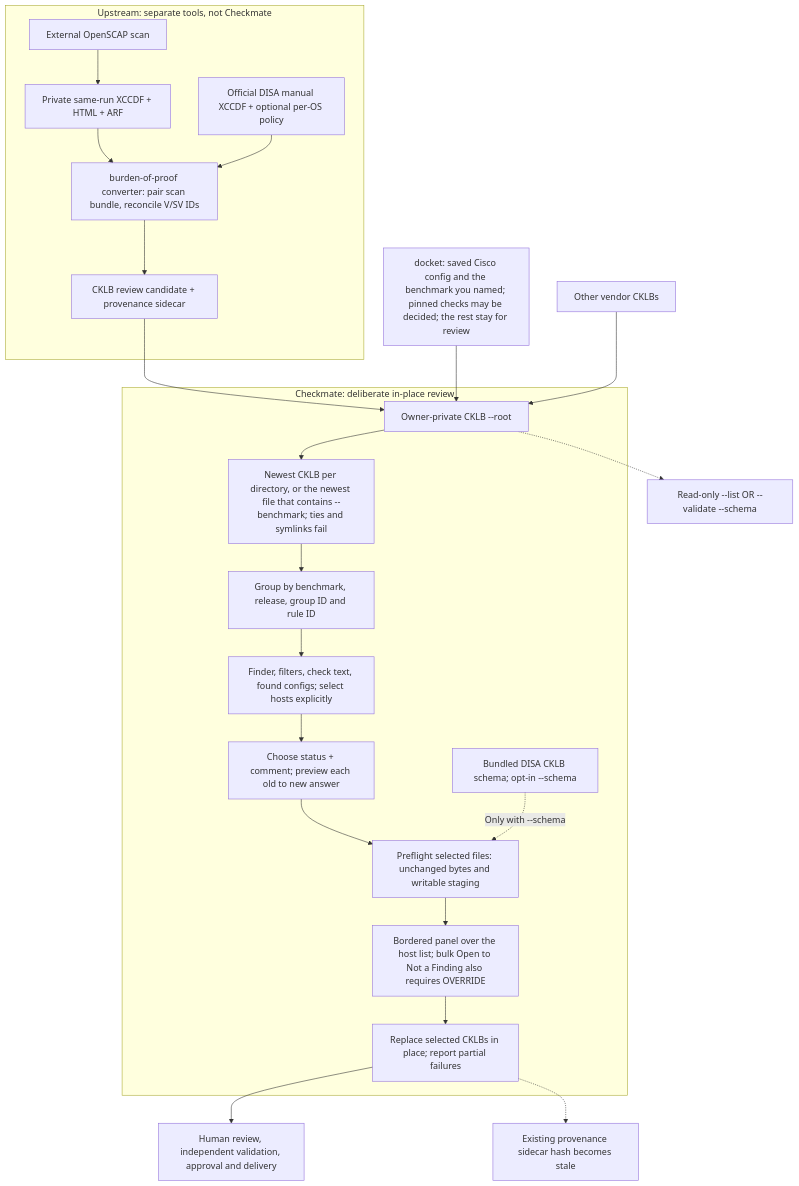
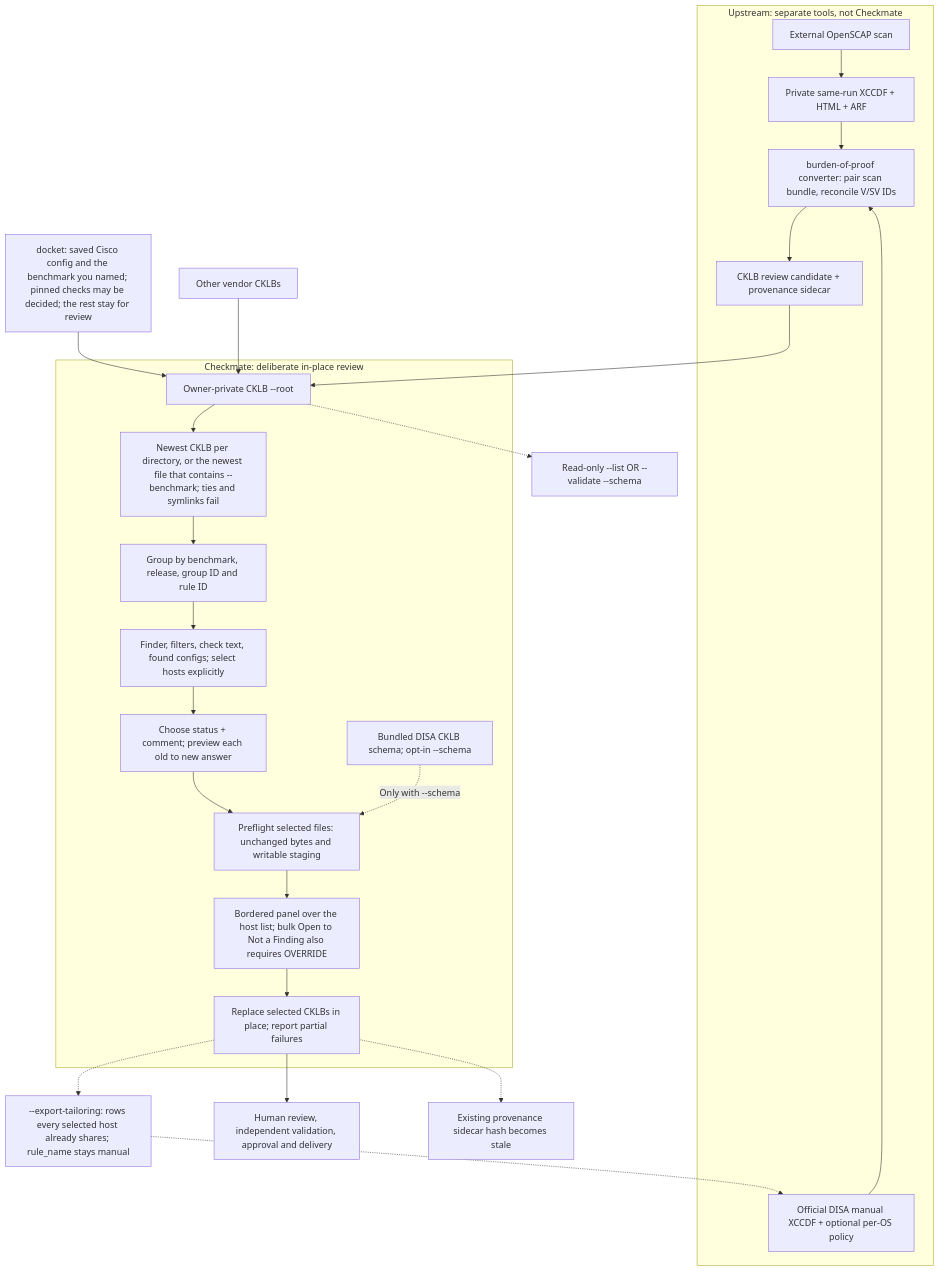
One commit to zcook44/checkmate changed the first of 2 diagrams in README.md. Above: the diagram before and after it, drawn with Mermaid. The commit also changed other lines of this file and 9 other files, not shown here.

First line of the commit message:
Document tailoring export and refuse unsafe drafts.

````diff
--- a/README.md
+++ b/README.md
@@ -9,25 +9,27 @@
 ```mermaid
 flowchart TD
     subgraph upstream["Upstream: separate tools, not Checkmate"]
         scan["External OpenSCAP scan"] --> evidence["Private same-run XCCDF + HTML + ARF"]
         evidence --> converter["burden-of-proof converter: pair scan bundle, reconcile V/SV IDs"]
         benchmark["Official DISA manual XCCDF + optional per-OS policy"] --> converter
         converter --> generated["CKLB review candidate + provenance sidecar"]
     end
     generated --> root["Owner-private CKLB --root"]
     cisco["docket: saved Cisco config and the benchmark you named; pinned checks may be decided; the rest stay for review"] --> root
     external["Other vendor CKLBs"] --> root
     root -.-> inventory["Read-only --list OR --validate --schema"]
     subgraph editor["Checkmate: deliberate in-place review"]
         root --> discover["Newest CKLB per directory, or the newest file that contains --benchmark; ties and symlinks fail"]
         discover --> group["Group by benchmark, release, group ID and rule ID"]
         group --> choose["Finder, filters, check text, found configs; select hosts explicitly"]
         choose --> preview["Choose status + comment; preview each old to new answer"]
         preview --> guard["Preflight selected files: unchanged bytes and writable staging"]
         schema["Bundled DISA CKLB schema; opt-in --schema"] -.->|Only with --schema| guard
         guard --> confirm["Bordered panel over the host list; bulk Open to Not a Finding also requires OVERRIDE"]
         confirm --> edit["Replace selected CKLBs in place; report partial failures"]
     end
     edit --> human["Human review, independent validation, approval and delivery"]
     edit -.-> stale["Existing provenance sidecar hash becomes stale"]
+    edit -.-> tailor["--export-tailoring: rows every selected host already shares; rule_name stays manual"]
+    tailor -.-> benchmark
 ```
````
